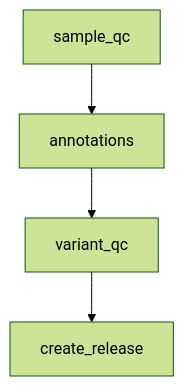
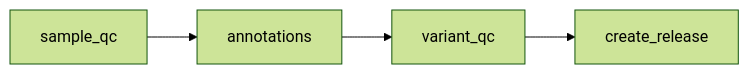
The first of 18 diagrams in test_flowchart.md (broadinstitute/gnomad_qc), drawn with Mermaid (forest theme) before and after one commit. The commit also changed other lines of this file, not shown here.

````diff
--- a/test_flowchart.md
+++ b/test_flowchart.md
@@ -2,10 +2,12 @@
 ```mermaid
-flowchart TD;
+flowchart LR;
+  classDef node_color fill:#BE4603
+
   sample_qc --> annotations;
   click sample_qc "#sampleqc-"
   annotations --> variant_qc;
   click annotations "#annotations-"
   variant_qc --> create_release;
   click variant_qc "#variantqc-"
   click create_release "#createrelease-"
 ```
````
